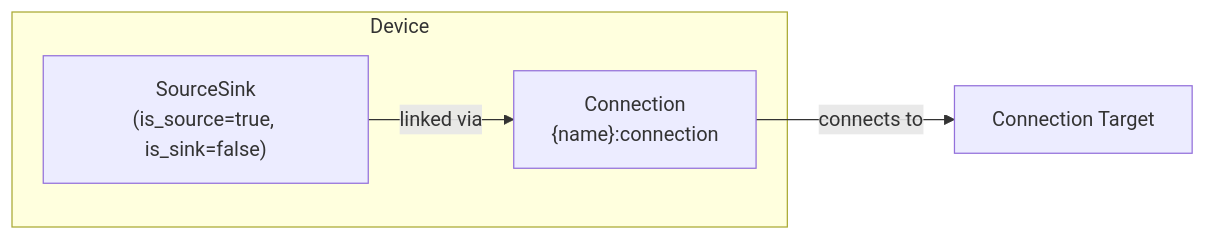
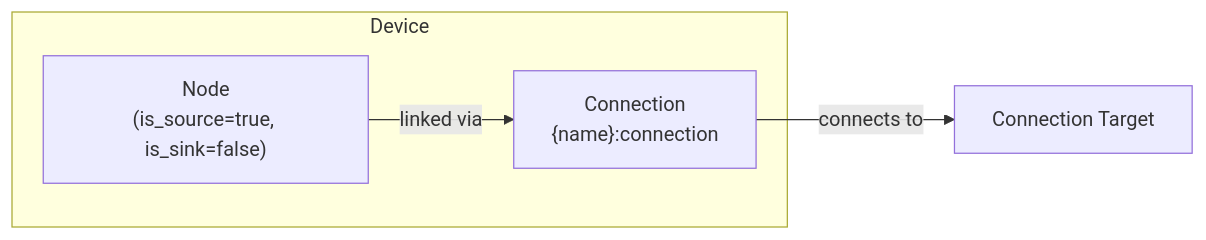
The diagram in docs/modeling/device-layer/solar.md (hass-energy/haeo), drawn with Mermaid before and after one commit. The commit also changed other lines of this file and 18 other files, not shown here.

````diff
--- a/docs/modeling/device-layer/solar.md
+++ b/docs/modeling/device-layer/solar.md
@@ -7,12 +7,12 @@
 ```mermaid
 graph LR
     subgraph "Device"
-        SS["SourceSink<br/>(is_source=true, is_sink=false)"]
+        SS["Node<br/>(is_source=true, is_sink=false)"]
         Conn["Connection<br/>{name}:connection"]
     end
 
     Node[Connection Target]
 
     SS -->|linked via| Conn
     Conn -->|connects to| Node
 ```
````
